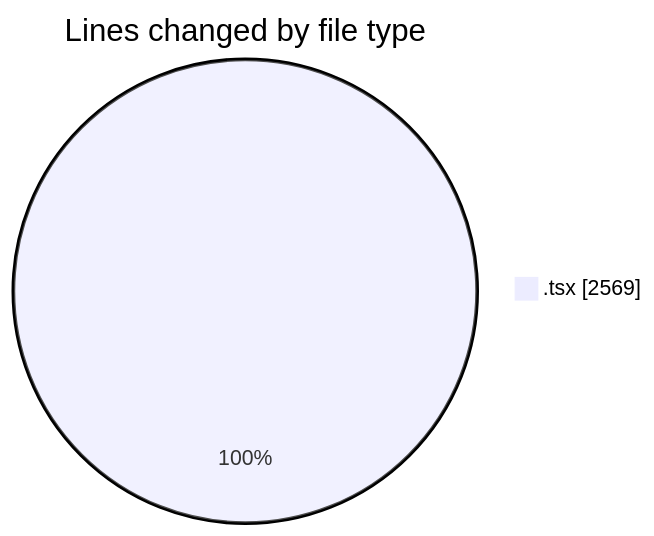
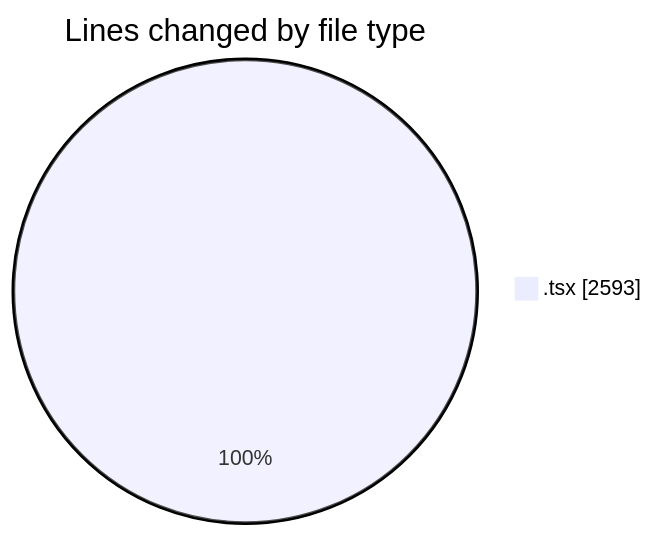
One commit to nxtqubesakshisongat/code-tracking changed the first of 2 diagrams in 2026-06-25/nxtqube_webapp/README.md. Above: the diagram before and after it, drawn with Mermaid. The commit also changed other lines of this file and 1 other file, not shown here.

````diff
--- a/2026-06-25/nxtqube_webapp/README.md
+++ b/2026-06-25/nxtqube_webapp/README.md
@@ -20,5 +20,5 @@
 ```mermaid
 pie showData
 title Lines changed by file type
-".tsx" : 2569
+".tsx" : 2593
 ```
````
